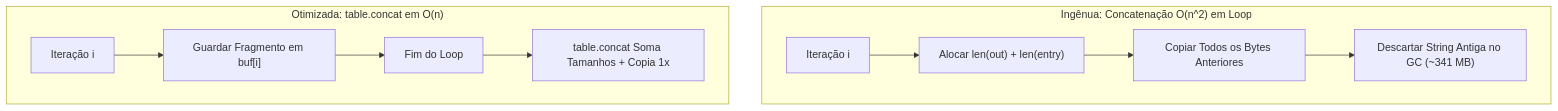
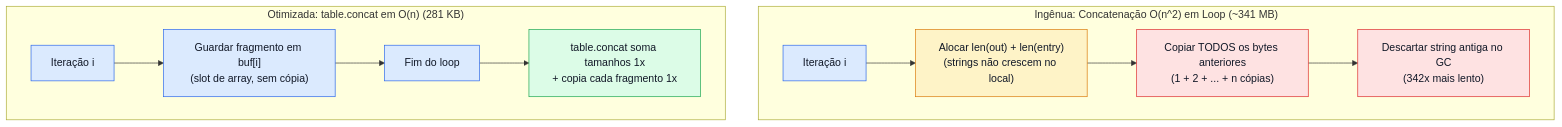
One commit to LevyArsOS/lua-lessons changed the diagram in lessons/StringConcat/Tutorial/pt-br.md. Above: the diagram before and after it, drawn with Mermaid. The commit also changed other lines of this file and 3 other files, not shown here.

First line of the commit message:
docs(tutorials): upgrade MetatableOverhead and StringConcat diagrams

````diff
--- a/lessons/StringConcat/Tutorial/pt-br.md
+++ b/lessons/StringConcat/Tutorial/pt-br.md
@@ -48,14 +48,19 @@
 ```mermaid
 flowchart TD
-    subgraph Naive["Ingênua: Concatenação O(n^2) em Loop"]
-        N1["Iteração i"] --> N2["Alocar len(out) + len(entry)"]
-        N2 --> N3["Copiar Todos os Bytes Anteriores"]
-        N3 --> N4["Descartar String Antiga no GC (~341 MB)"]
+    classDef slow fill:#fee2e2,stroke:#dc2626,color:#111827
+    classDef fast fill:#dcfce7,stroke:#16a34a,color:#111827
+    classDef vm fill:#dbeafe,stroke:#2563eb,color:#111827
+    classDef warn fill:#fef3c7,stroke:#d97706,color:#111827
+
+    subgraph Naive["Ingênua: Concatenação O(n^2) em Loop (~341 MB)"]
+        N1["Iteração i"]:::vm --> N2["Alocar len(out) + len(entry)<br/>(strings não crescem no local)"]:::warn
+        N2 --> N3["Copiar TODOS os bytes anteriores<br/>(1 + 2 + ... + n cópias)"]:::slow
+        N3 --> N4["Descartar string antiga no GC<br/>(342x mais lento)"]:::slow
     end
 
-    subgraph Optimized["Otimizada: table.concat em O(n)"]
-        O1["Iteração i"] --> O2["Guardar Fragmento em buf[i]"]
-        O2 --> O3["Fim do Loop"]
-        O3 --> O4["table.concat Soma Tamanhos + Copia 1x"]
+    subgraph Optimized["Otimizada: table.concat em O(n) (281 KB)"]
+        O1["Iteração i"]:::vm --> O2["Guardar fragmento em buf[i]<br/>(slot de array, sem cópia)"]:::vm
+        O2 --> O3["Fim do loop"]:::vm
+        O3 --> O4["table.concat soma tamanhos 1x<br/>+ copia cada fragmento 1x"]:::fast
     end
 ```
````
